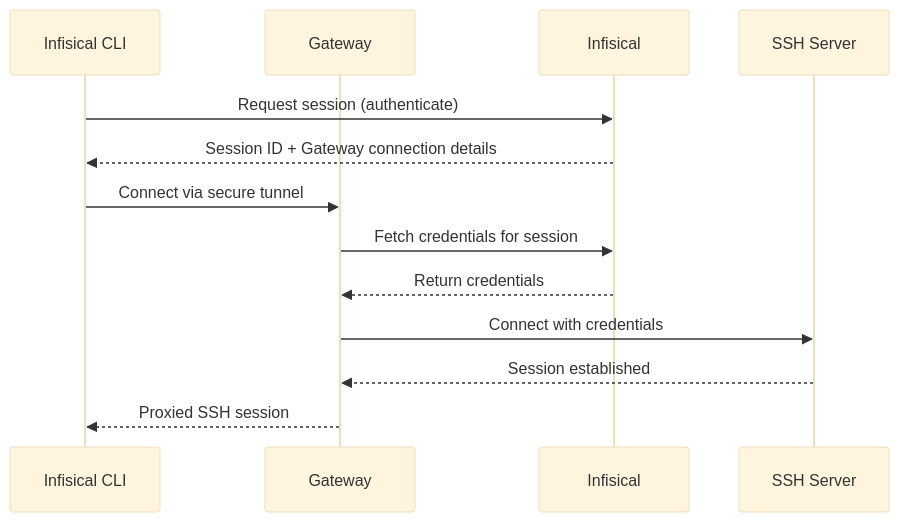
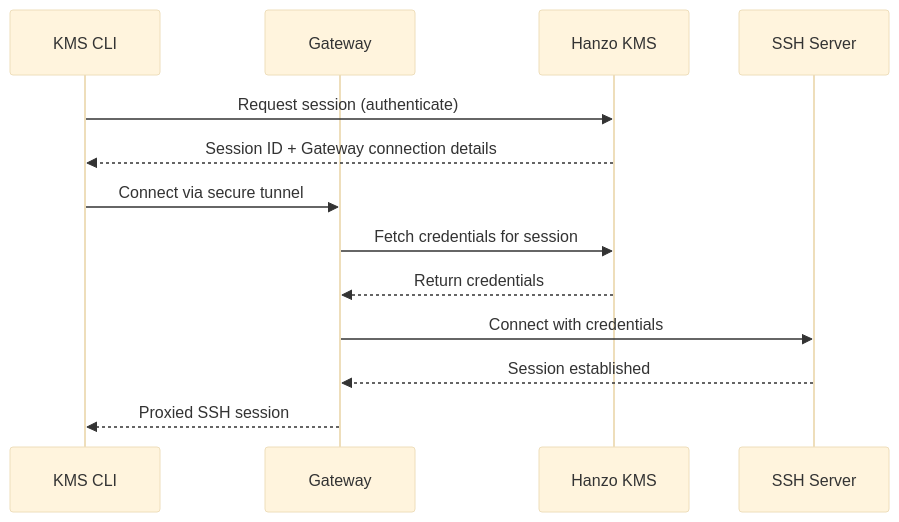
The first of 2 diagrams in docs/documentation/platform/pam/getting-started/resources/ssh.mdx (hanzoai/kms), drawn with Mermaid (base theme) before and after one commit. The commit also changed other lines of this file and 927 other files, not shown here.

First line of the commit message:
feat: complete Hanzo KMS rebranding across upstream merge

````diff
--- a/docs/documentation/platform/pam/getting-started/resources/ssh.mdx
+++ b/docs/documentation/platform/pam/getting-started/resources/ssh.mdx
@@ -13,16 +13,16 @@
 ```mermaid
 sequenceDiagram
-    participant CLI as Infisical CLI
+    participant CLI as KMS CLI
     participant Gateway
-    participant Infisical
+    participant Hanzo KMS
     participant SSH as SSH Server
 
-    CLI->>Infisical: Request session (authenticate)
-    Infisical-->>CLI: Session ID + Gateway connection details
+    CLI->>Hanzo KMS: Request session (authenticate)
+    Hanzo KMS-->>CLI: Session ID + Gateway connection details
     CLI->>Gateway: Connect via secure tunnel
-    Gateway->>Infisical: Fetch credentials for session
-    Infisical-->>Gateway: Return credentials
+    Gateway->>Hanzo KMS: Fetch credentials for session
+    Hanzo KMS-->>Gateway: Return credentials
     Gateway->>SSH: Connect with credentials
     SSH-->>Gateway: Session established
     Gateway-->>CLI: Proxied SSH session
 ```
````
